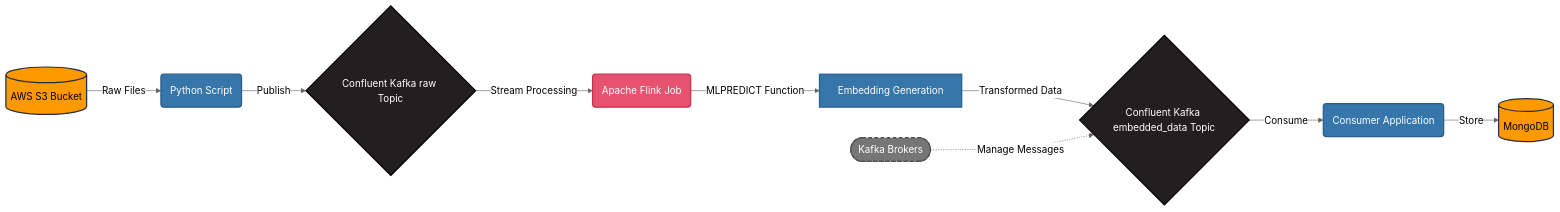
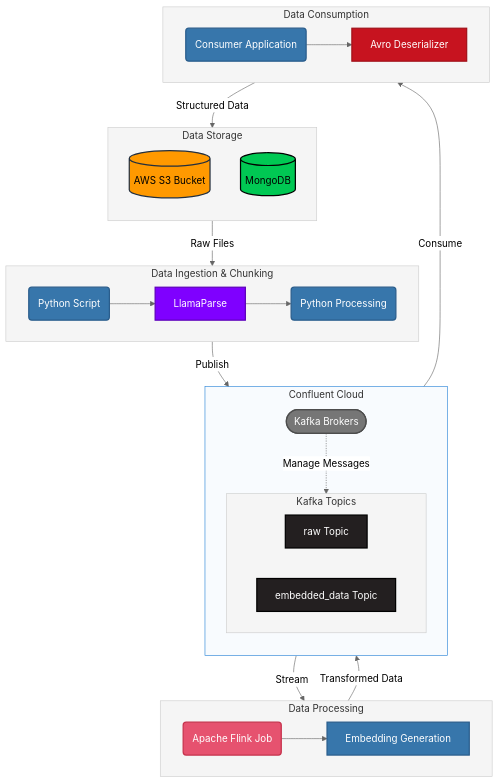
The diagram in README.md (mongodb-partners/doc-embedding-stream), drawn with Mermaid (neutral theme) before and after one commit.

````diff
--- a/README.md
+++ b/README.md
@@ -7,27 +7,73 @@
 ```mermaid
-flowchart LR
-    S3[("AWS S3 Bucket")] -- Raw Files --> PY("Python Script")
-    PY -- Publish --> KR{"Confluent Kafka raw Topic"}
-    KR -- Stream Processing --> FLINK("Apache Flink Job")
-    FLINK -- MLPREDICT Function --> EMB["Embedding Generation"]
-    EMB -- Transformed Data --> KE{"Confluent Kafka embedded_data Topic"}
-    KB(["Kafka Brokers"]) -. Manage Messages .-> KE
-    KE -- Consume --> CONS("Consumer Application")
-    CONS -- Store --> MDB[("MongoDB")]
+flowchart TB
+    subgraph Storage ["Data Storage"]
+        direction TB
+        S3[("AWS S3 Bucket")]
+        MDB[("MongoDB")]
+    end
 
-     S3:::storage
-     PY:::process
-     KR:::kafka
-     FLINK:::flink
-     EMB:::process
-     KE:::kafka
-     KB:::broker
-     CONS:::process
-     MDB:::storage
-    classDef storage fill:#FF9900,stroke:#232F3E,color:black,stroke-width:2px
-    classDef process fill:#3776AB,stroke:#2A5D8C,color:white,stroke-width:2px
-    classDef kafka fill:#231F20,stroke:#000000,color:white,stroke-width:2px
-    classDef flink fill:#E6526F,stroke:#C6324C,color:white,stroke-width:2px
-    classDef mongo fill:#4DB33D,stroke:#3E9431,color:white,stroke-width:2px
-    classDef broker fill:#767676,stroke:#4D4D4D,color:white,stroke-width:2px,stroke-dasharray:5 5
+    subgraph Ingestion ["Data Ingestion & Chunking"]
+        direction LR
+        PY("Python Script")
+        LP["LlamaParse"]
+        PYP("Python Processing")
+    end
+
+    subgraph Confluent ["Confluent Cloud"]
+        direction TB
+        subgraph Topics ["Kafka Topics"]
+            direction LR
+            KR["raw Topic"]
+            KE["embedded_data Topic"]
+        end
+        KB(["Kafka Brokers"])
+    end
+
+    subgraph Processing ["Data Processing"]
+        direction LR
+        FLINK("Apache Flink Job")
+        EMB["Embedding Generation"]
+    end
+
+    subgraph Consumption ["Data Consumption"]
+        direction LR
+        CONS("Consumer Application")
+        AVRO["Avro Deserializer"]
+    end
+
+    S3 -- "Raw Files" --> PY
+    PY --> LP
+    LP --> PYP
+    PYP -- "Publish" --> KR
+    KR -- "Stream" --> FLINK
+    FLINK --> EMB
+    EMB -- "Transformed Data" --> KE
+    KB -. "Manage Messages" .-> Topics
+    KE -- "Consume" --> CONS
+    CONS --> AVRO
+    AVRO -- "Structured Data" --> MDB
+
+    %% Styling
+    classDef storageStyle fill:#FF9900,stroke:#232F3E,color:black,stroke-width:2px
+    classDef processStyle fill:#3776AB,stroke:#2A5D8C,color:white,stroke-width:2px
+    classDef kafkaStyle fill:#231F20,stroke:#000000,color:white,stroke-width:2px
+    classDef flinkStyle fill:#E6526F,stroke:#C6324C,color:white,stroke-width:2px
+    classDef brokerStyle fill:#767676,stroke:#4D4D4D,color:white,stroke-width:2px
+    classDef llamaStyle fill:#7F00FF,stroke:#5D00BA,color:white,stroke-width:2px
+    classDef avroStyle fill:#C7131F,stroke:#A11119,color:white,stroke-width:2px
+    classDef subgraphStyle fill:#F5F5F5,stroke:#CCCCCC,color:#333333,stroke-width:1px
+    classDef confluentStyle fill:#F8FBFE,stroke:#2481D7,color:#333333,stroke-width:1px
+
+    class S3,MDB storageStyle
+    class PY,PYP,CONS processStyle
+    class KR,KE kafkaStyle
+    class FLINK flinkStyle
+    class KB brokerStyle
+    class LP llamaStyle
+    class EMB processStyle
+    class AVRO avroStyle
+    
+    class Storage,Ingestion,Processing,Consumption,Topics subgraphStyle
+    class Confluent confluentStyle
+    style MDB stroke:#000000,fill:#00C853
 ```
````
